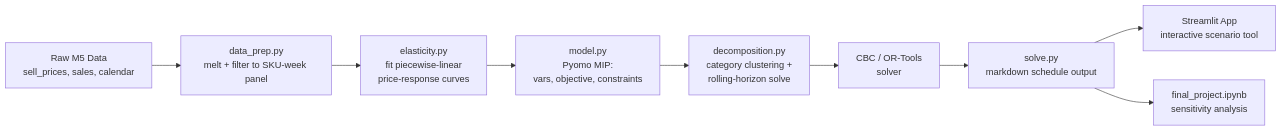
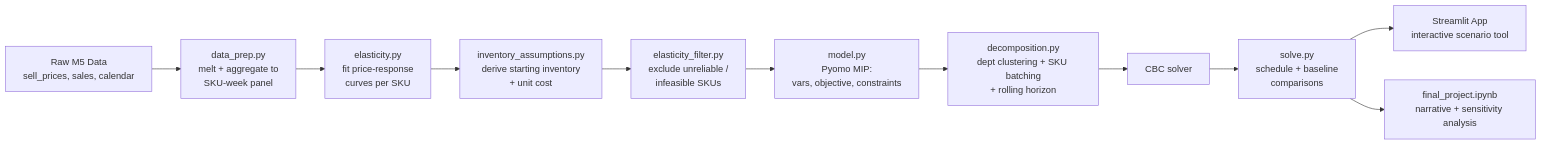
One commit to hkbuttar/markdown-price-optimizer changed the diagram in README.md. Above: the diagram before and after it, drawn with Mermaid. The commit also changed other lines of this file and 2 other files, not shown here.

Commit message:
corrected test_model and the README

````diff
--- a/README.md
+++ b/README.md
@@ -26,11 +173,13 @@
 ```mermaid
 flowchart LR
-    A[Raw M5 Data<br/>sell_prices, sales, calendar] --> B[data_prep.py<br/>melt + filter to SKU-week panel]
-    B --> C[elasticity.py<br/>fit piecewise-linear<br/>price-response curves]
-    C --> D[model.py<br/>Pyomo MIP:<br/>vars, objective, constraints]
-    D --> E[decomposition.py<br/>category clustering +<br/>rolling-horizon solve]
-    E --> F[CBC / OR-Tools<br/>solver]
-    F --> G[solve.py<br/>markdown schedule output]
-    G --> H[Streamlit App<br/>interactive scenario tool]
-    G --> I[final_project.ipynb<br/>sensitivity analysis]
+    A[Raw M5 Data<br/>sell_prices, sales, calendar] --> B[data_prep.py<br/>melt + aggregate to<br/>SKU-week panel]
+    B --> C[elasticity.py<br/>fit price-response<br/>curves per SKU]
+    C --> D[inventory_assumptions.py<br/>derive starting inventory<br/>+ unit cost]
+    D --> E[elasticity_filter.py<br/>exclude unreliable /<br/>infeasible SKUs]
+    E --> F[model.py<br/>Pyomo MIP:<br/>vars, objective, constraints]
+    F --> G[decomposition.py<br/>dept clustering + SKU batching<br/>+ rolling horizon]
+    G --> H[CBC solver]
+    H --> I[solve.py<br/>schedule + baseline<br/>comparisons]
+    I --> J[Streamlit App<br/>interactive scenario tool]
+    I --> K[final_project.ipynb<br/>narrative + sensitivity analysis]
 ```
````
